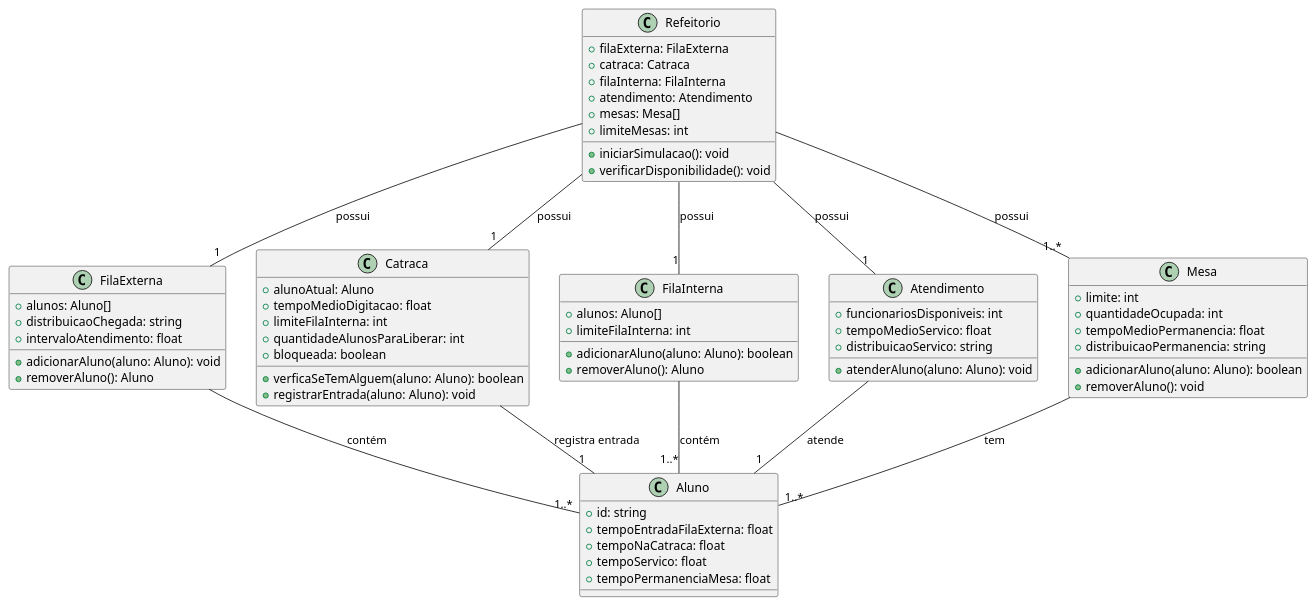
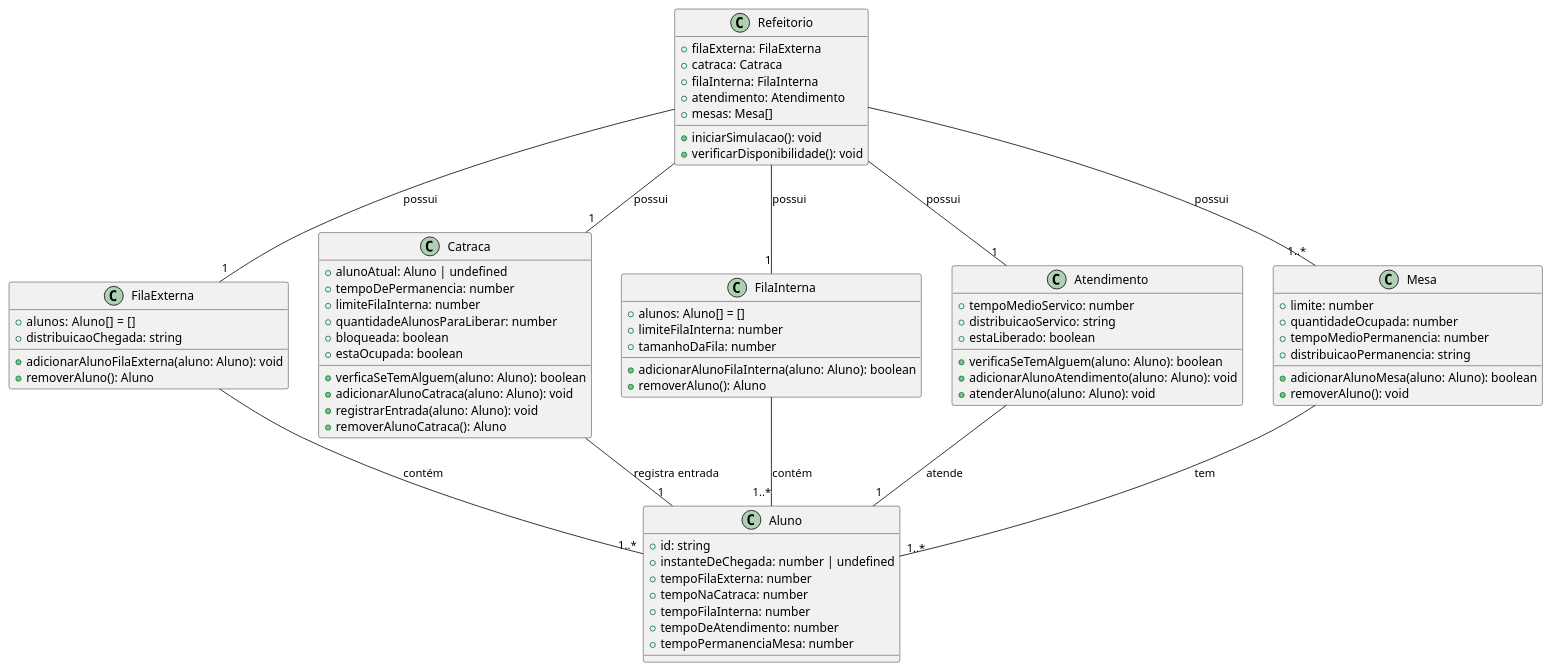
The diagram in design/system.plantuml (j-nilton/sfr-template), drawn with PlantUML before and after one commit. The commit also changed 1 other file, not shown here.

Commit message:
Alteração no diagrama de classe do arquivo Sistema, criação de um diagrama para o arquivo Eventos e criação na pasta 'domain' dos arquivos Sistema, Eventos e Simulador

```diff
--- a/design/system.plantuml
+++ b/design/system.plantuml
@@ -1,73 +1,78 @@
 @startuml Gerenciador para Refeitorio 
 class Aluno {
     +id: string
-    +tempoEntradaFilaExterna: float
-    +tempoNaCatraca: float
-    +tempoServico: float
-    +tempoPermanenciaMesa: float
+    +instanteDeChegada: number | undefined
+    +tempoFilaExterna: number
+    +tempoNaCatraca: number
+    +tempoFilaInterna: number
+    +tempoDeAtendimento: number
+    +tempoPermanenciaMesa: number
 }
 
 class FilaExterna {
-    +alunos: Aluno[]
+    +alunos: Aluno[]  = []
     +distribuicaoChegada: string
-    +intervaloAtendimento: float
-    +adicionarAluno(aluno: Aluno): void
+    +adicionarAlunoFilaExterna(aluno: Aluno): void
     +removerAluno(): Aluno
 }
 
 class Catraca {
-    +alunoAtual: Aluno
-    +tempoMedioDigitacao: float
-    +limiteFilaInterna: int
-    +quantidadeAlunosParaLiberar: int
+    +alunoAtual: Aluno | undefined
+    +tempoDePermanencia: number
+    +limiteFilaInterna: number
+    +quantidadeAlunosParaLiberar: number
     +bloqueada: boolean
+    +estaOcupada: boolean
     +verficaSeTemAlguem(aluno: Aluno): boolean
+    +adicionarAlunoCatraca(aluno: Aluno): void
     +registrarEntrada(aluno: Aluno): void
-    
+    +removerAlunoCatraca(): Aluno
 }
 
 class FilaInterna {
-    +alunos: Aluno[]
-    +limiteFilaInterna: int
-    +adicionarAluno(aluno: Aluno): boolean
+    +alunos: Aluno[] = []
+    +limiteFilaInterna: number
+    +tamanhoDaFila: number
+    +adicionarAlunoFilaInterna(aluno: Aluno): boolean
     +removerAluno(): Aluno
 }
 
 class Atendimento {
-    +funcionariosDisponiveis: int
-    +tempoMedioServico: float
+    +tempoMedioServico: number
     +distribuicaoServico: string
+    +estaLiberado: boolean
+    +verificaSeTemAlguem(aluno: Aluno): boolean
+    +adicionarAlunoAtendimento(aluno: Aluno): void
     +atenderAluno(aluno: Aluno): void
 }
 
 class Mesa {
-    +limite: int
-    +quantidadeOcupada: int
-    +tempoMedioPermanencia: float
+    +limite: number
+    +quantidadeOcupada: number
+    +tempoMedioPermanencia: number
     +distribuicaoPermanencia: string
-    +adicionarAluno(aluno: Aluno): boolean
+    +adicionarAlunoMesa(aluno: Aluno): boolean
     +removerAluno(): void
 }
 
 class Refeitorio {
     +filaExterna: FilaExterna
     +catraca: Catraca
     +filaInterna: FilaInterna
     +atendimento: Atendimento
     +mesas: Mesa[]
-    +limiteMesas: int
     +iniciarSimulacao(): void
     +verificarDisponibilidade(): void
 }
 
 FilaExterna -- "1..*" Aluno : "contém"
 FilaInterna -- "1..*" Aluno : "contém"
 Catraca -- "1" Aluno : "registra entrada"
 Atendimento -- "1" Aluno: "atende"
 Mesa -- "1..*" Aluno : "tem"
 Refeitorio -- "1" FilaExterna : "possui"
 Refeitorio -- "1" Catraca : "possui"
 Refeitorio -- "1" FilaInterna : "possui"
 Refeitorio -- "1" Atendimento : "possui"
 Refeitorio -- "1..*" Mesa : "possui"
 @enduml
```
